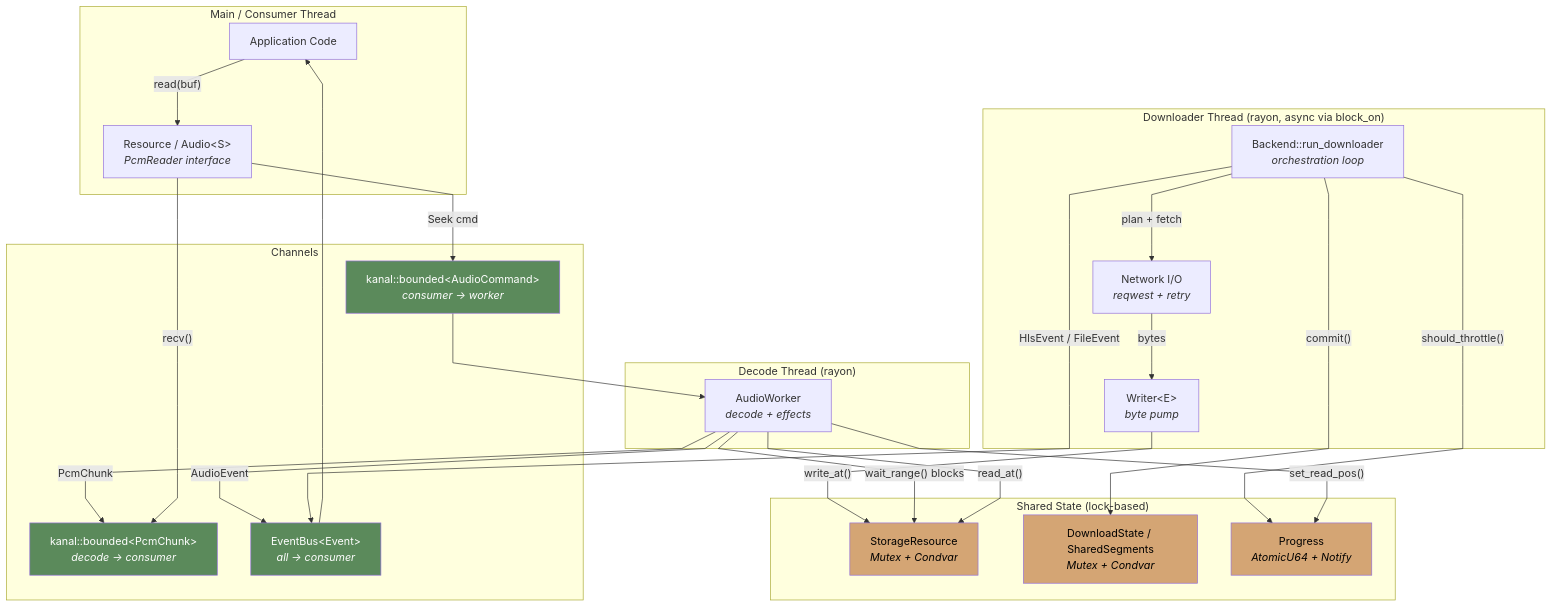
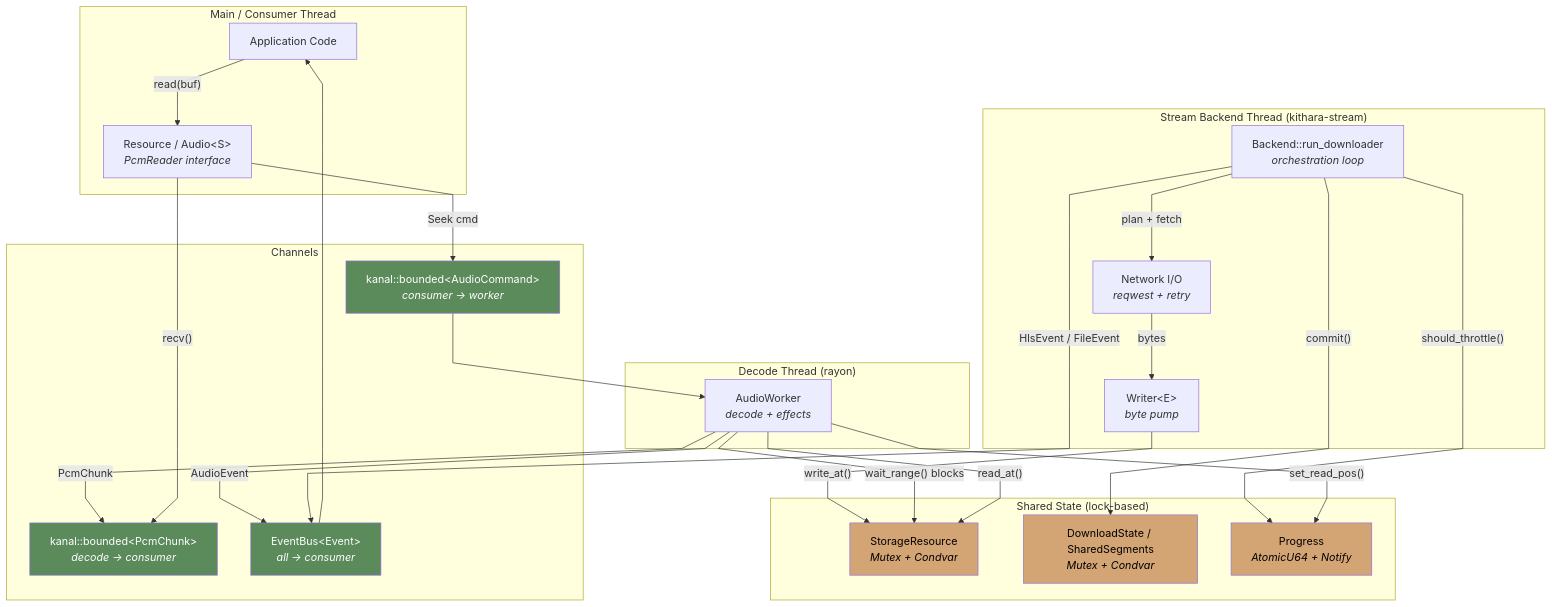
One commit to zvuk/kithara changed the first of 2 diagrams in crates/kithara-audio/README.md. Above: the diagram before and after it, drawn with Mermaid. The commit also changed other lines of this file and 20 other files, not shown here.

````diff
--- a/crates/kithara-audio/README.md
+++ b/crates/kithara-audio/README.md
@@ -40,58 +40,58 @@
 ```mermaid
 %%{init: {"flowchart": {"curve": "linear"}} }%%
 flowchart TB
     subgraph "Main / Consumer Thread"
         App["Application Code"]
         Resource["Resource / Audio&lt;S&gt;<br/><i>PcmReader interface</i>"]
         App -- "read(buf)" --> Resource
     end
 
-    subgraph "Downloader Thread (rayon, async via block_on)"
+    subgraph "Stream Backend Thread (kithara-stream)"
         DLLoop["Backend::run_downloader<br/><i>orchestration loop</i>"]
         NetTask["Network I/O<br/><i>reqwest + retry</i>"]
         WriterTask["Writer&lt;E&gt;<br/><i>byte pump</i>"]
         DLLoop -- "plan + fetch" --> NetTask
         NetTask -- "bytes" --> WriterTask
     end
 
     subgraph "Decode Thread (rayon)"
         DecodeWorker["AudioWorker<br/><i>decode + effects</i>"]
     end
 
     subgraph "Shared State (lock-based)"
         StorageRes["StorageResource<br/><i>Mutex + Condvar</i>"]
         SegIdx["DownloadState / SharedSegments<br/><i>Mutex + Condvar</i>"]
         Progress["Progress<br/><i>AtomicU64 + Notify</i>"]
     end
 
     subgraph "Channels"
         PcmChan["kanal::bounded&lt;PcmChunk&gt;<br/><i>decode -> consumer</i>"]
         CmdChan["kanal::bounded&lt;AudioCommand&gt;<br/><i>consumer -> worker</i>"]
         EventChan["EventBus&lt;Event&gt;<br/><i>all -> consumer</i>"]
     end
 
     WriterTask -- "write_at()" --> StorageRes
     DLLoop -- "commit()" --> SegIdx
 
     DecodeWorker -- "wait_range() blocks" --> StorageRes
     DecodeWorker -- "read_at()" --> StorageRes
     DecodeWorker -- "PcmChunk" --> PcmChan
     Resource -- "recv()" --> PcmChan
 
     Resource -- "Seek cmd" --> CmdChan
     CmdChan --> DecodeWorker
 
     DecodeWorker -- "AudioEvent" --> EventChan
     DLLoop -- "HlsEvent / FileEvent" --> EventChan
     EventChan --> App
 
     DLLoop -- "should_throttle()" --> Progress
     DecodeWorker -- "set_read_pos()" --> Progress
 
     style StorageRes fill:#d4a574,color:#000
     style SegIdx fill:#d4a574,color:#000
     style Progress fill:#d4a574,color:#000
     style PcmChan fill:#5b8a5b,color:#fff
     style CmdChan fill:#5b8a5b,color:#fff
     style EventChan fill:#5b8a5b,color:#fff
 ```
````
